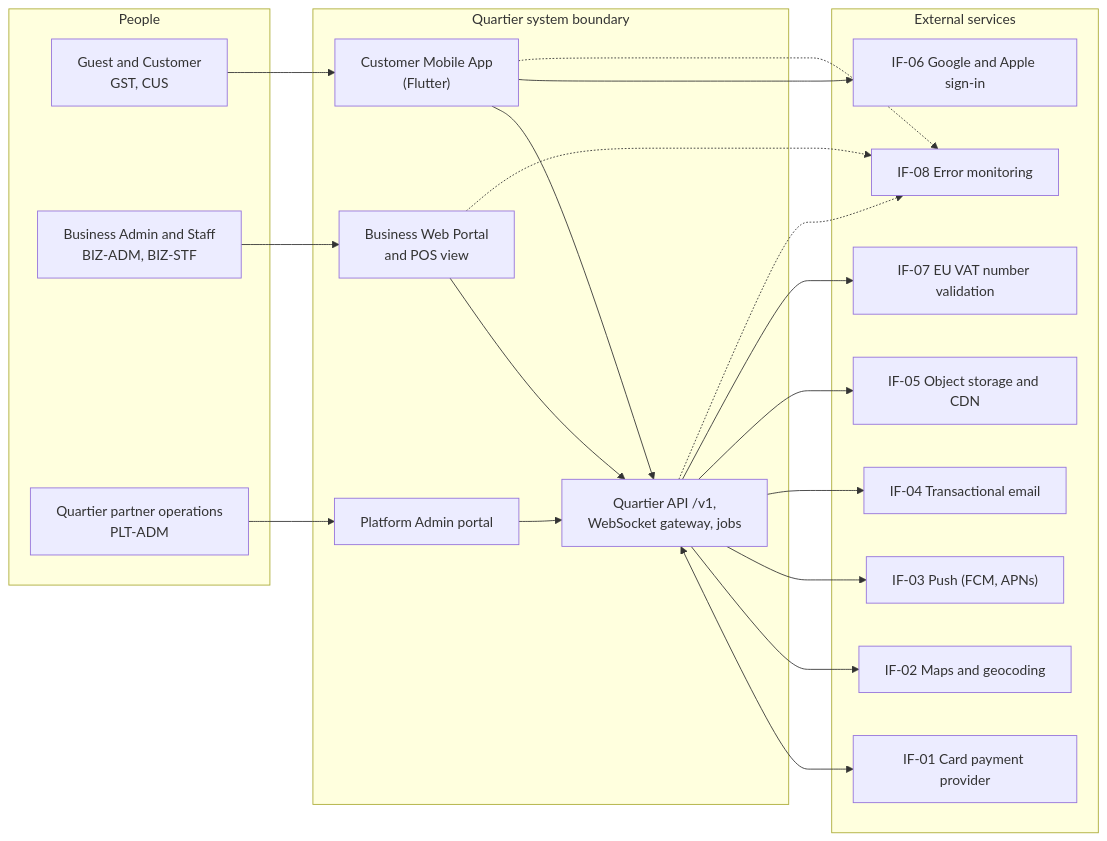
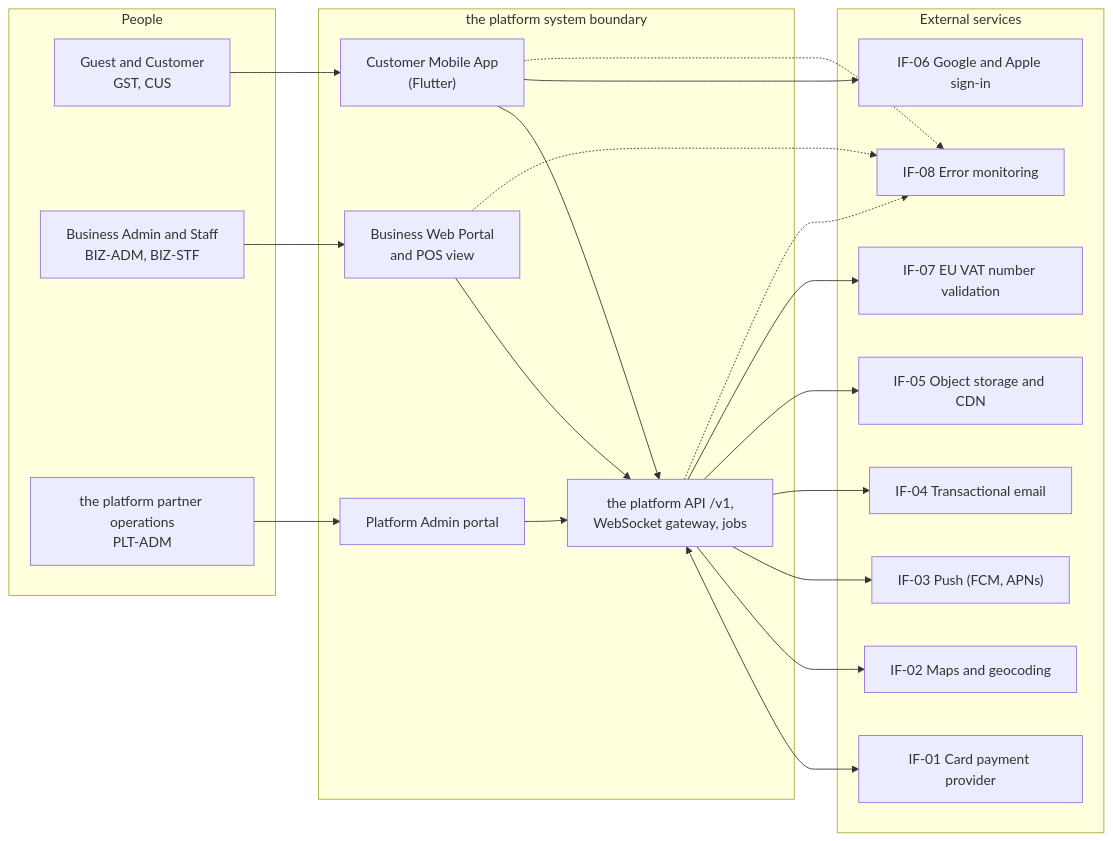
The diagram in 02-requirements/SRS.md (ayushsingh0456/local-commerce-booking-platform), drawn with Mermaid before and after one commit. The commit also changed other lines of this file and 46 other files, not shown here.

````diff
--- a/02-requirements/SRS.md
+++ b/02-requirements/SRS.md
@@ -106,40 +106,40 @@
 ```mermaid
 flowchart LR
   subgraph PEOPLE["People"]
     GU["Guest and Customer<br/>GST, CUS"]
     BU["Business Admin and Staff<br/>BIZ-ADM, BIZ-STF"]
-    PU["Quartier partner operations<br/>PLT-ADM"]
+    PU["the platform partner operations<br/>PLT-ADM"]
   end
-  subgraph QT["Quartier system boundary"]
+  subgraph QT["the platform system boundary"]
     APP["Customer Mobile App<br/>(Flutter)"]
     BWP["Business Web Portal<br/>and POS view"]
     PAP["Platform Admin portal"]
-    API["Quartier API /v1,<br/>WebSocket gateway, jobs"]
+    API["the platform API /v1,<br/>WebSocket gateway, jobs"]
   end
   subgraph EXT["External services"]
     E01["IF-01 Card payment provider"]
     E02["IF-02 Maps and geocoding"]
     E03["IF-03 Push (FCM, APNs)"]
     E04["IF-04 Transactional email"]
     E05["IF-05 Object storage and CDN"]
     E06["IF-06 Google and Apple sign-in"]
     E07["IF-07 EU VAT number validation"]
     E08["IF-08 Error monitoring"]
   end
   GU --> APP
   BU --> BWP
   PU --> PAP
   APP --> API
   BWP --> API
   PAP --> API
   API <--> E01
   API --> E02
   API --> E03
   API --> E04
   API --> E05
   APP --> E06
   API --> E07
   APP -.-> E08
   BWP -.-> E08
   API -.-> E08
 ```
````
